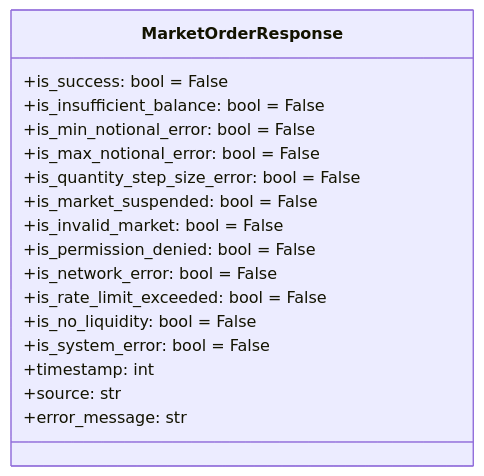
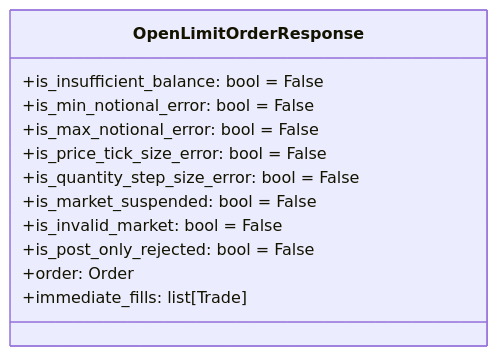
The second of 16 diagrams in packages/financial-assets/financial_assets/response/Architecture.md (gatesplan/python-toolbox), drawn with Mermaid before and after one commit. The commit also changed other lines of this file, not shown here.

First line of the commit message:
docs(financial-assets): Response 아키텍처 BaseResponse 상속 구조로 리팩토링

````diff
--- a/packages/financial-assets/financial_assets/response/Architecture.md
+++ b/packages/financial-assets/financial_assets/response/Architecture.md
@@ -123,20 +74,15 @@
 ```mermaid
 classDiagram
-    class MarketOrderResponse {
-        +is_success: bool = False
+    class OpenLimitOrderResponse {
         +is_insufficient_balance: bool = False
         +is_min_notional_error: bool = False
         +is_max_notional_error: bool = False
+        +is_price_tick_size_error: bool = False
         +is_quantity_step_size_error: bool = False
         +is_market_suspended: bool = False
         +is_invalid_market: bool = False
-        +is_permission_denied: bool = False
-        +is_network_error: bool = False
-        +is_rate_limit_exceeded: bool = False
-        +is_no_liquidity: bool = False
-        +is_system_error: bool = False
-        +timestamp: int
-        +source: str
-        +error_message: str
+        +is_post_only_rejected: bool = False
+        +order: Order
+        +immediate_fills: list[Trade]
     }
 ```
````
